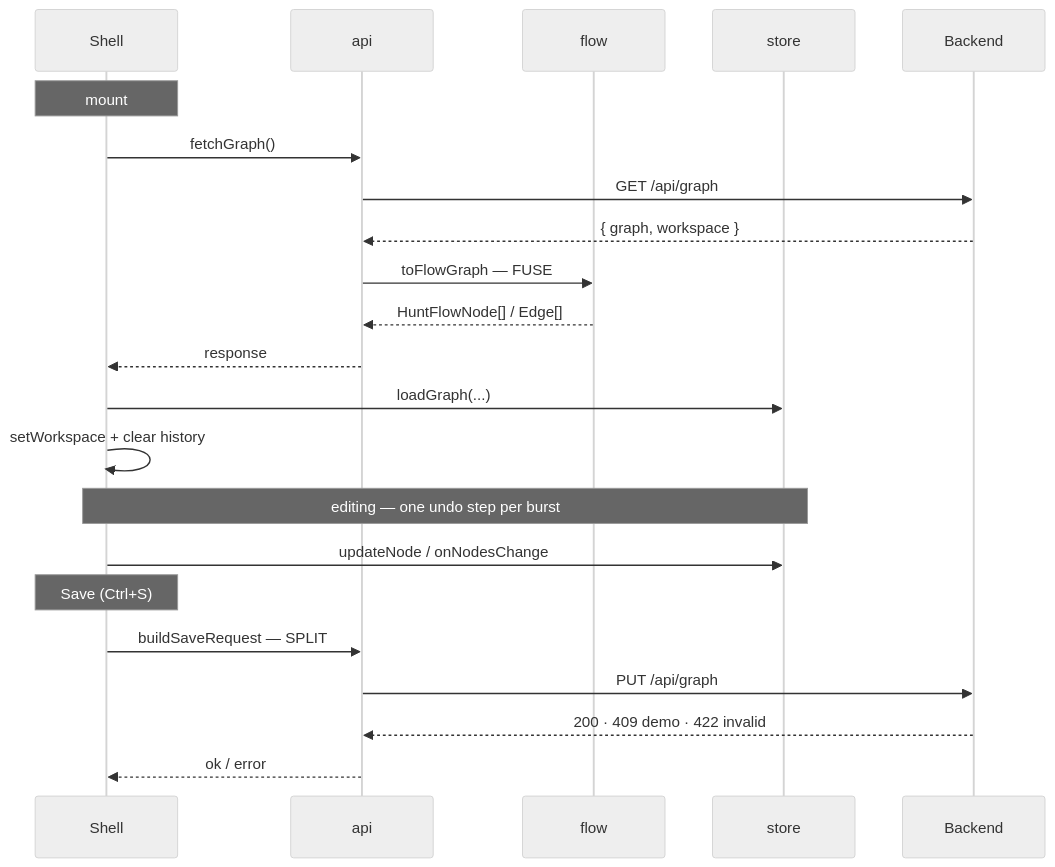
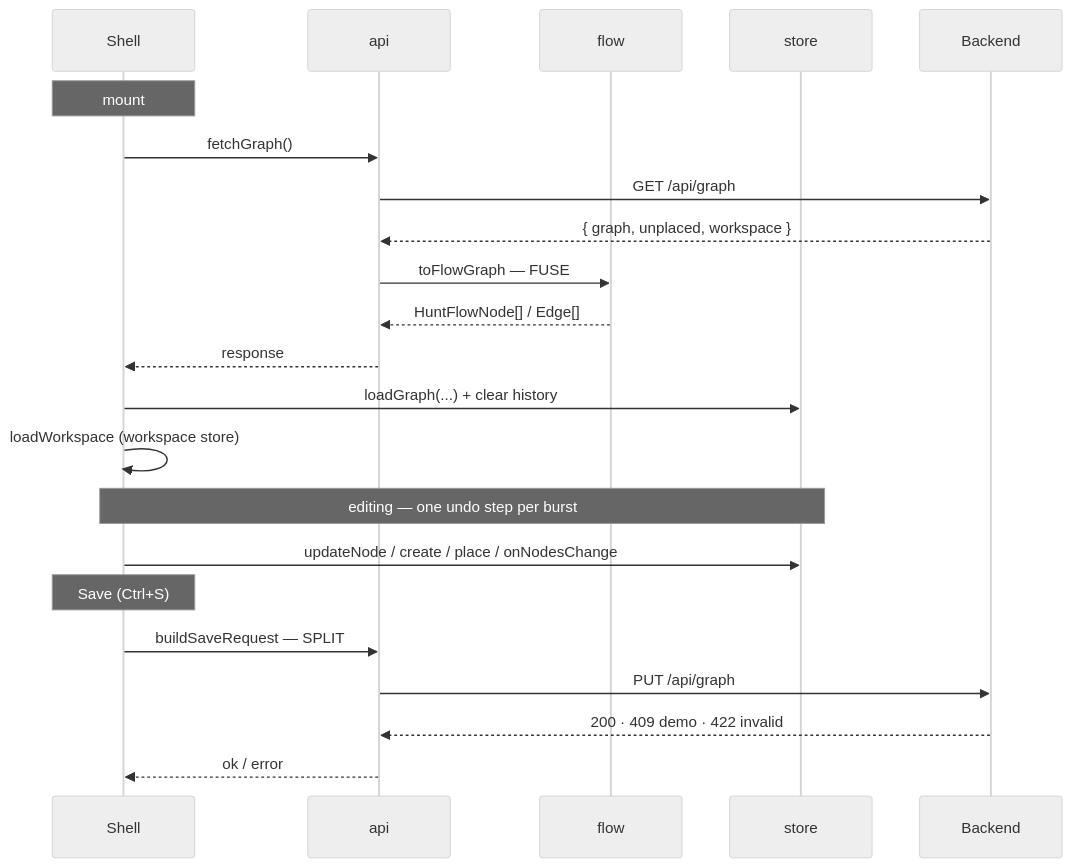
Before and after one commit to goirijo/puzzcombinator-redux: the second of 2 diagrams in frontend/FRONTEND.md, drawn with Mermaid (neutral theme). The commit also changed other lines of this file and 8 other files, not shown here.

````diff
--- a/frontend/FRONTEND.md
+++ b/frontend/FRONTEND.md
@@ -246,27 +275,27 @@
 ```mermaid
 sequenceDiagram
     participant S as Shell
     participant A as api
     participant F as flow
     participant G as store
     participant B as Backend
 
     Note over S: mount
     S->>A: fetchGraph()
     A->>B: GET /api/graph
-    B-->>A: { graph, workspace }
+    B-->>A: { graph, unplaced, workspace }
     A->>F: toFlowGraph — FUSE
     F-->>A: HuntFlowNode[] / Edge[]
     A-->>S: response
-    S->>G: loadGraph(...)
-    S->>S: setWorkspace + clear history
+    S->>G: loadGraph(...) + clear history
+    S->>S: loadWorkspace (workspace store)
 
     Note over S,G: editing — one undo step per burst
-    S->>G: updateNode / onNodesChange
+    S->>G: updateNode / create / place / onNodesChange
 
     Note over S: Save (Ctrl+S)
     S->>A: buildSaveRequest — SPLIT
     A->>B: PUT /api/graph
     B-->>A: 200 · 409 demo · 422 invalid
     A-->>S: ok / error
 ```
````
